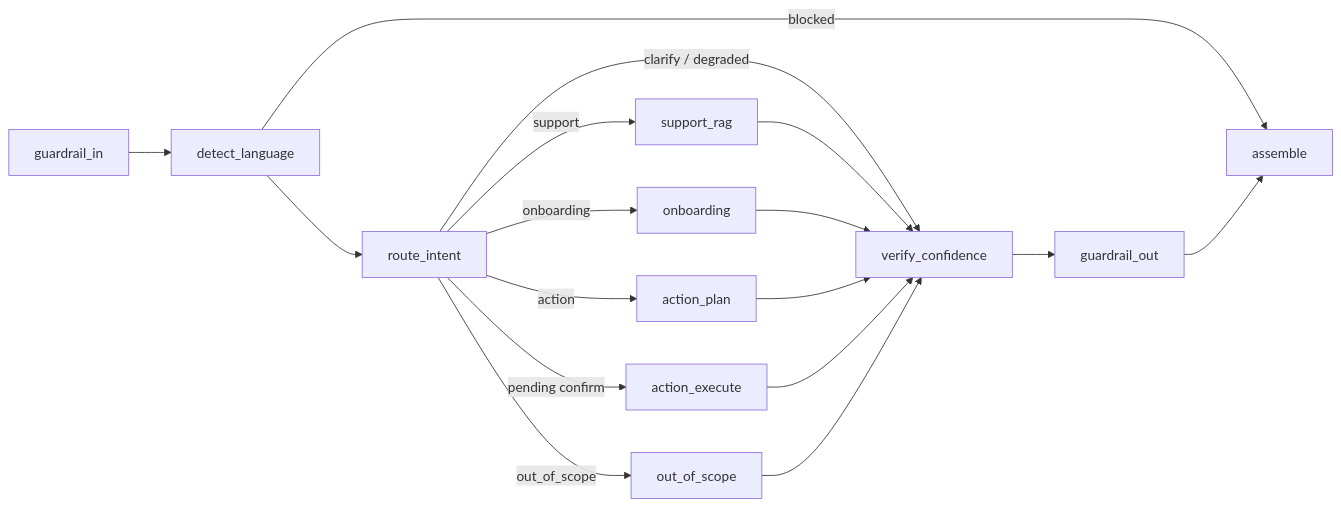
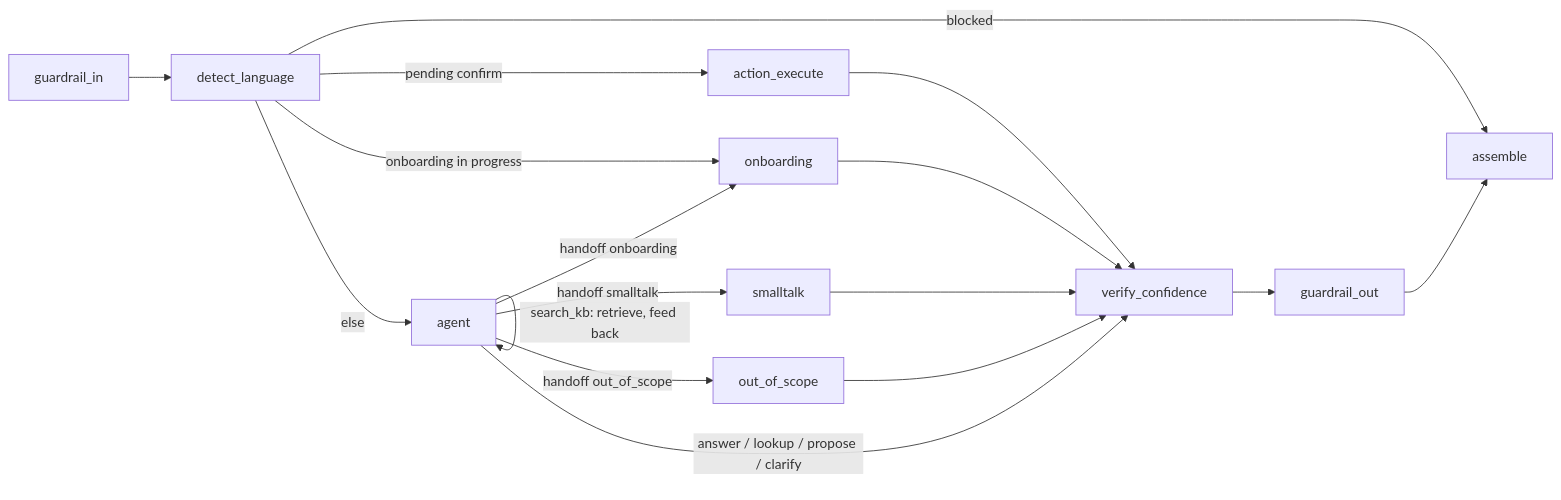
Before and after one commit to Deyber2000/zapp-ai-agent: the diagram in README.md, drawn with Mermaid. The commit also changed 36 other files, not shown here.

````diff
--- a/README.md
+++ b/README.md
@@ -88,19 +88,19 @@
 ```mermaid
 flowchart LR
     A[guardrail_in] --> B[detect_language]
     B -->|blocked| Z[assemble]
-    B --> C[route_intent]
-    C -->|support| D[support_rag]
-    C -->|onboarding| E[onboarding]
-    C -->|action| F[action_plan]
-    C -->|pending confirm| G[action_execute]
-    C -->|out_of_scope| H[out_of_scope]
-    C -->|clarify / degraded| V[verify_confidence]
-    D --> V
+    B -->|pending confirm| G[action_execute]
+    B -->|onboarding in progress| E[onboarding]
+    B -->|else| C[agent]
+    C -->|"search_kb: retrieve, feed back"| C
+    C -->|handoff onboarding| E
+    C -->|handoff smalltalk| S[smalltalk]
+    C -->|handoff out_of_scope| H[out_of_scope]
+    C -->|"answer / lookup / propose / clarify"| V[verify_confidence]
     E --> V
-    F --> V
     G --> V
+    S --> V
     H --> V
     V --> O[guardrail_out]
     O --> Z[assemble]
 ```
````
